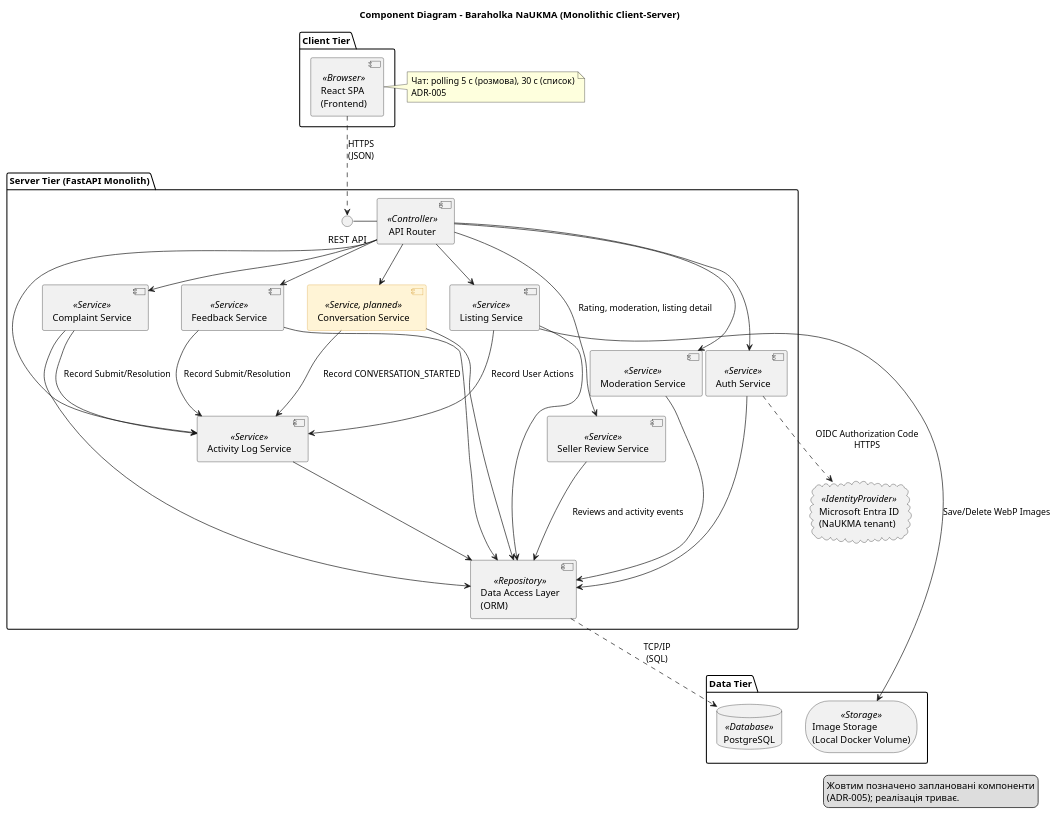
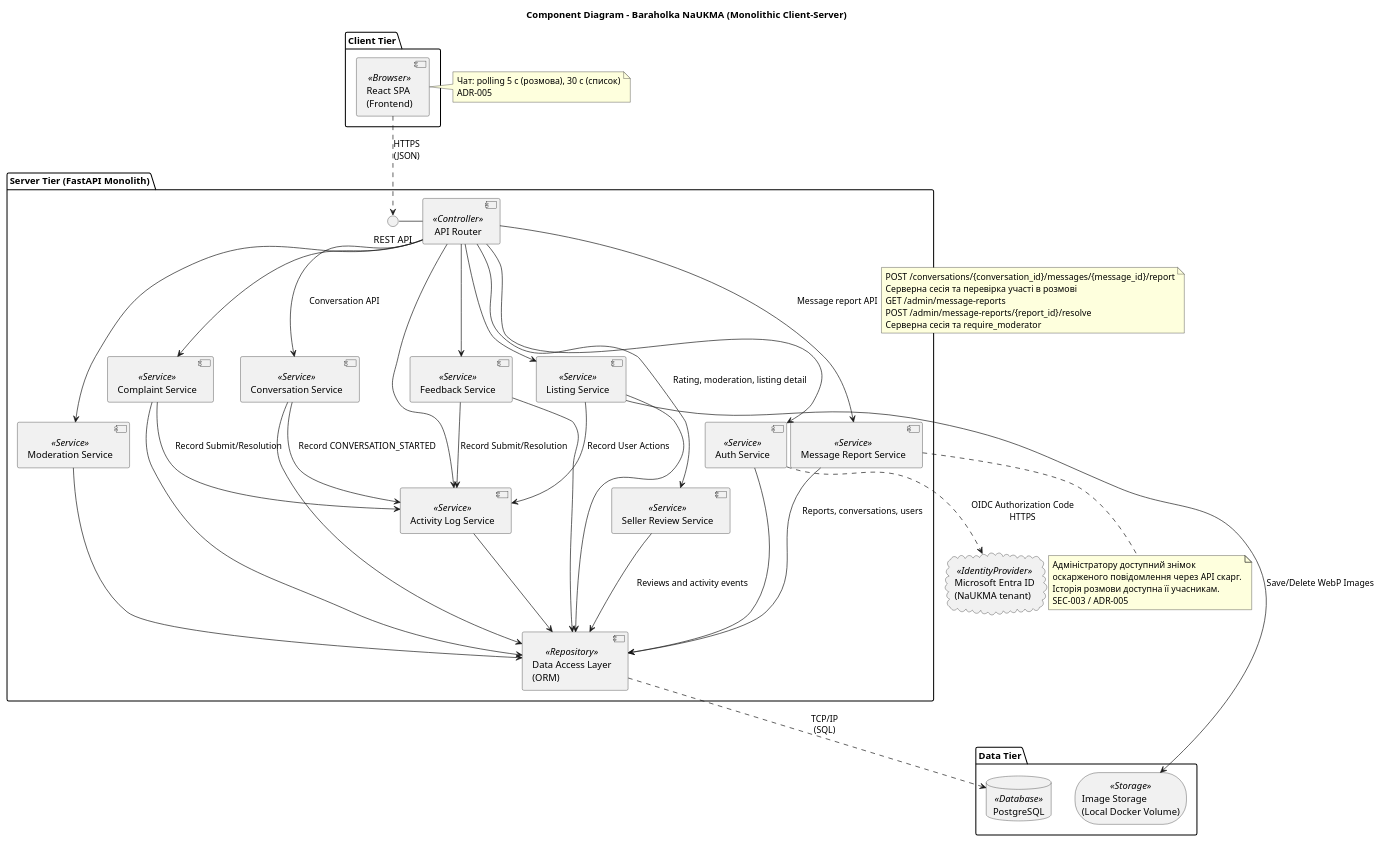
The diagram in docs/architecture/uml/components.puml (ukma-fin-ssdm-2026/Next-Gen), drawn with PlantUML before and after one commit. The commit also changed 2 other files, not shown here.

Commit message:
docs(chat): update UML for message moderation

```diff
--- a/docs/architecture/uml/components.puml
+++ b/docs/architecture/uml/components.puml
@@ -1,72 +1,87 @@
 @startuml
 skinparam componentStyle uml2
-legend right
-  Жовтим позначено заплановані компоненти
-  (ADR-005); реалізація триває.
-endlegend
 
 title Component Diagram - Baraholka NaUKMA (Monolithic Client-Server)
 
 package "Client Tier" {
     component "React SPA\n(Frontend)" as SPA <<Browser>>
 }
 
 cloud "Microsoft Entra ID\n(NaUKMA tenant)" as Entra <<IdentityProvider>>
 
 package "Server Tier (FastAPI Monolith)" {
     interface "REST API" as RestAPI
     
     component "API Router" as Router <<Controller>>
     
     component "Auth Service" as AuthService <<Service>>
     component "Listing Service" as ListingService <<Service>>
     component "Moderation Service" as ModerationService <<Service>>
     component "Complaint Service" as ComplaintService <<Service>>
     component "Feedback Service" as FeedbackService <<Service>>
     component "Activity Log Service" as ActivityLogService <<Service>>
     component "Seller Review Service" as ReviewService <<Service>>
-    component "Conversation Service" as ConversationService <<Service, planned>> #FFF4D6;line:D9A441
+    component "Conversation Service" as ConversationService <<Service>>
+    component "Message Report Service" as MessageReportService <<Service>>
     
     component "Data Access Layer\n(ORM)" as DAL <<Repository>>
 }
 
 package "Data Tier" {
     database "PostgreSQL" as DB <<Database>>
     storage "Image Storage\n(Local Docker Volume)" as ImageStorage <<Storage>>
 }
 
 ' Connections
 SPA ..> RestAPI : "HTTPS\n(JSON)"
 note right of SPA
   Чат: polling 5 с (розмова), 30 с (список)
   ADR-005
 end note
 RestAPI - Router
 
 Router --> AuthService
 Router --> ListingService
 Router --> ModerationService
 Router --> ComplaintService
 Router --> FeedbackService
 Router --> ActivityLogService
 Router --> ReviewService : "Rating, moderation, listing detail"
-Router --> ConversationService
+Router --> ConversationService : Conversation API
+Router --> MessageReportService : Message report API
+note right on link
+  POST /conversations/{conversation_id}/messages/{message_id}/report
+  Серверна сесія та перевірка участі в розмові
+  GET /admin/message-reports
+  POST /admin/message-reports/{report_id}/resolve
+  Серверна сесія та require_moderator
+end note
 
 AuthService --> DAL
 AuthService ..> Entra : "OIDC Authorization Code\nHTTPS"
 ListingService --> DAL
 ListingService --> ImageStorage : "Save/Delete WebP Images"
 ListingService --> ActivityLogService : "Record User Actions"
 ModerationService --> DAL
 ComplaintService --> DAL
 ComplaintService --> ActivityLogService : "Record Submit/Resolution"
 FeedbackService --> DAL
 FeedbackService --> ActivityLogService : "Record Submit/Resolution"
 ActivityLogService --> DAL
 ReviewService --> DAL : "Reviews and activity events"
 ConversationService --> DAL
+MessageReportService --> DAL : Reports, conversations, users
+note bottom of MessageReportService
+  Адміністратору доступний знімок
+  оскарженого повідомлення через API скарг.
+  Історія розмови доступна її учасникам.
+  SEC-003 / ADR-005
+end note
 ConversationService --> ActivityLogService : "Record CONVERSATION_STARTED"
 
 DAL ..> DB : "TCP/IP\n(SQL)"
 
+' Нотатка «Використання ШІ»
+' Доповнення (Євгеній Остапенко, SEC-003): Codex (OpenAI) допоміг показати API скарг і сервіс модерації.
+' Потік звірено з src/api/routers/message_reports.py, src/api/deps.py та src/services/message_reports.py.
 @enduml
```
